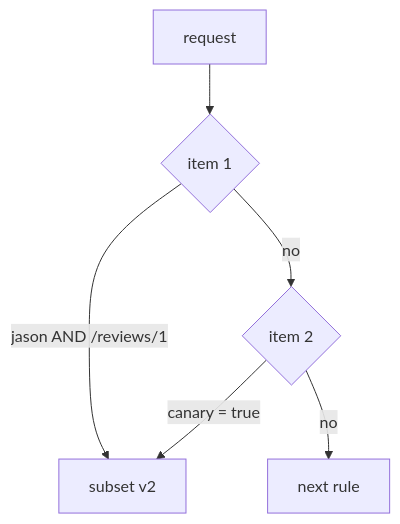
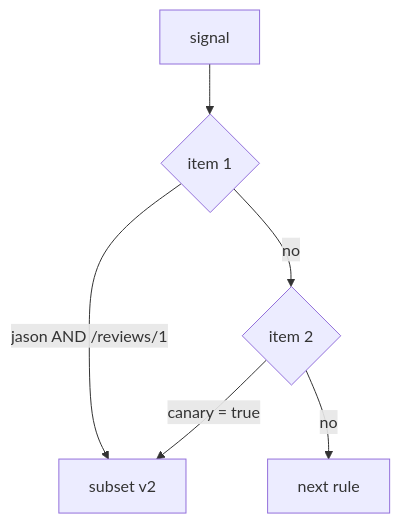
The diagram in sections/section-010/module-01/course-04-match-exactly-what-you-mean.md (astrona-io/ATS014), drawn with Mermaid before and after one commit. The commit also changed other lines of this file and 63 other files, not shown here.

````diff
--- a/sections/section-010/module-01/course-04-match-exactly-what-you-mean.md
+++ b/sections/section-010/module-01/course-04-match-exactly-what-you-mean.md
@@ -172,8 +200,8 @@
 ```mermaid
 flowchart TB
-    Q["request"] --> E1{"item 1"}
+    Q["signal"] --> E1{"item 1"}
     E1 -->|"jason AND /reviews/1"| M["subset v2"]
     E1 -->|"no"| E2{"item 2"}
     E2 -->|"canary = true"| M
     E2 -->|"no"| N["next rule"]
 ```
````
